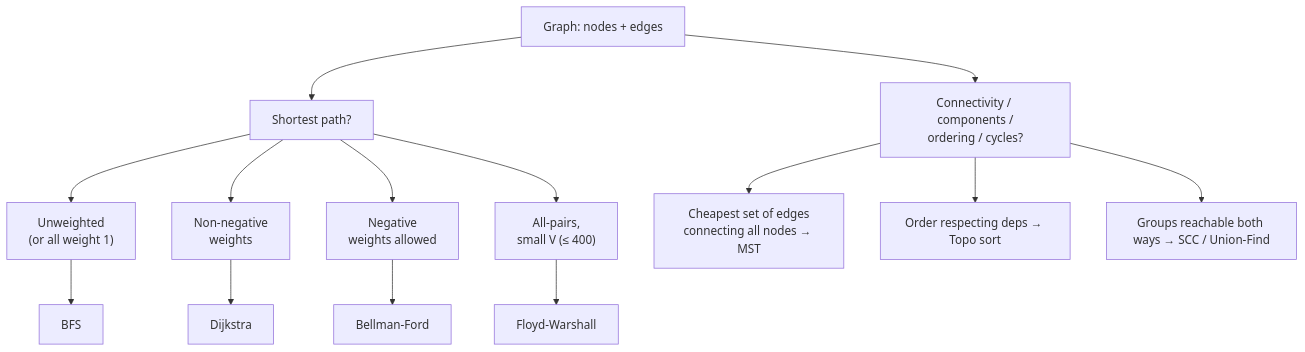
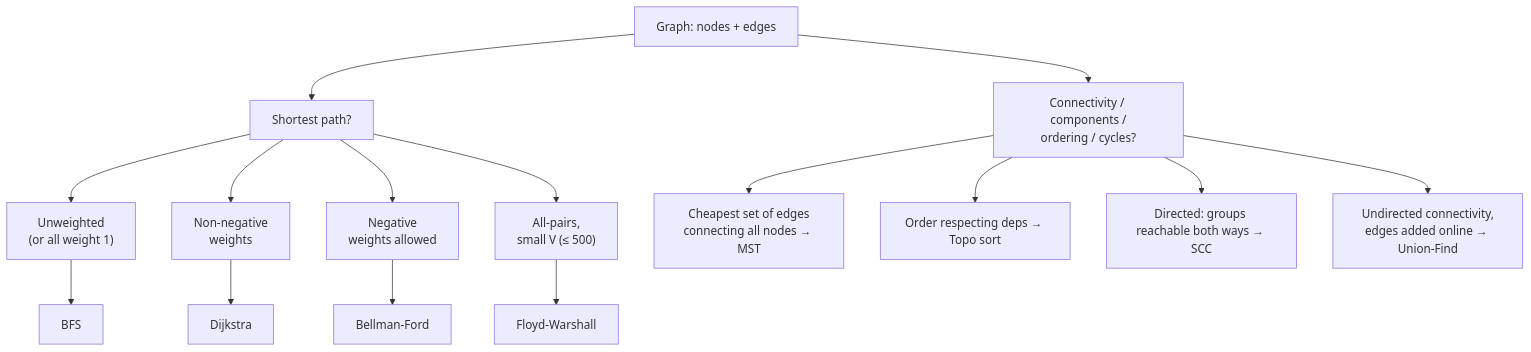
Before and after one commit to phuongdinh1411/cses-analyses: the fourth of 7 diagrams in pattern/DecisionMap.md, drawn with Mermaid. The commit also changed other lines of this file and 14 other files, not shown here.

````diff
--- a/pattern/DecisionMap.md
+++ b/pattern/DecisionMap.md
@@ -147,20 +150,21 @@
 ```mermaid
 graph TD
     G["Graph: nodes + edges"]
     G --> G1["Shortest path?"]
     G --> G2["Connectivity / components /<br/>ordering / cycles?"]
 
     G1 --> W0["Unweighted<br/>(or all weight 1)"]
     G1 --> W1["Non-negative<br/>weights"]
     G1 --> W2["Negative<br/>weights allowed"]
-    G1 --> W3["All-pairs,<br/>small V (≤ 400)"]
+    G1 --> W3["All-pairs,<br/>small V (≤ 500)"]
 
     W0 --> BFS["BFS"]
     W1 --> DIJ["Dijkstra"]
     W2 --> BF["Bellman-Ford"]
     W3 --> FW["Floyd-Warshall"]
 
     G2 --> C1["Cheapest set of edges<br/>connecting all nodes → MST"]
     G2 --> C2["Order respecting deps → Topo sort"]
-    G2 --> C3["Groups reachable both ways → SCC / Union-Find"]
+    G2 --> C3["Directed: groups reachable both ways → SCC"]
+    G2 --> C4["Undirected connectivity,<br/>edges added online → Union-Find"]
 ```
````
